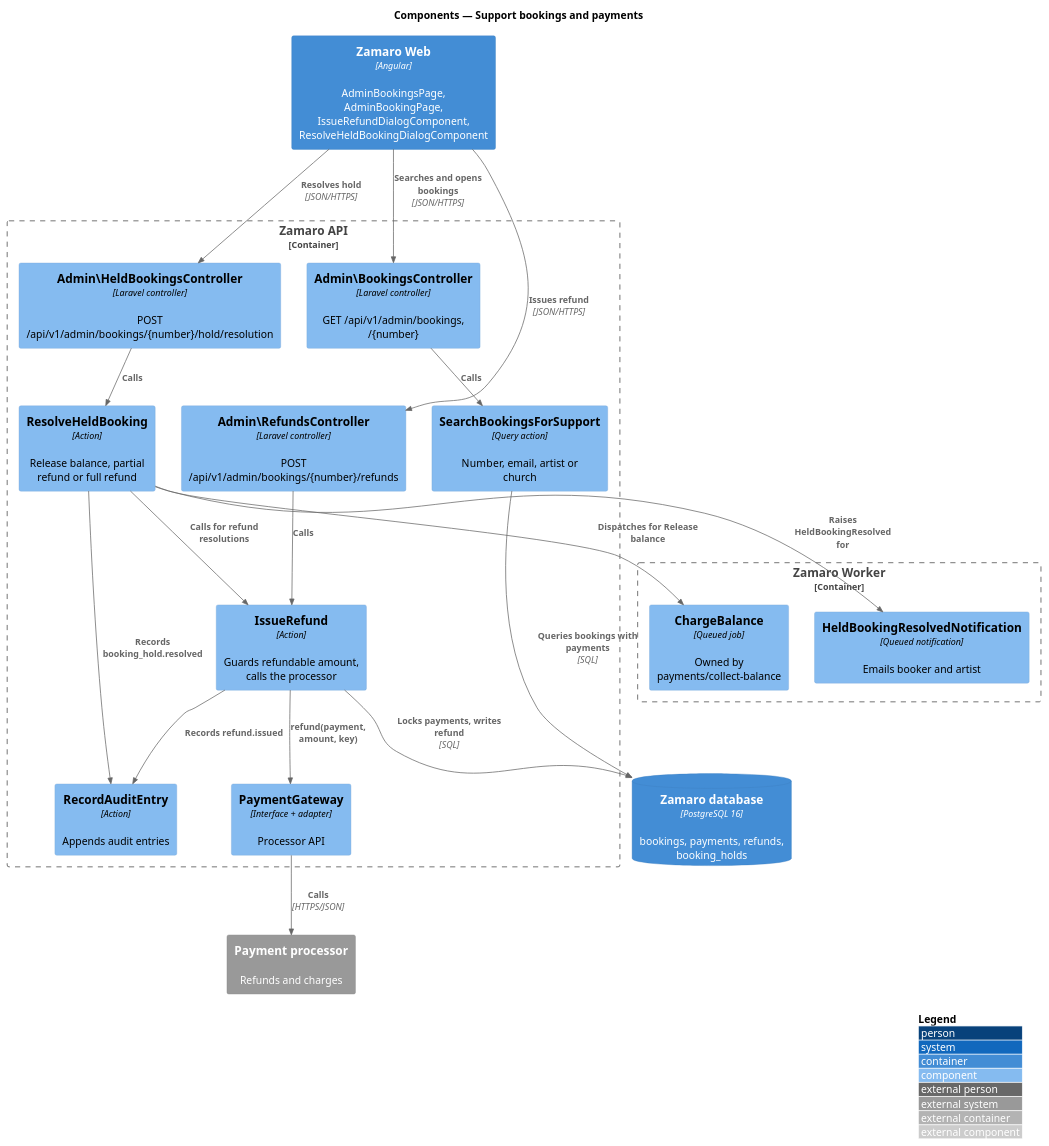
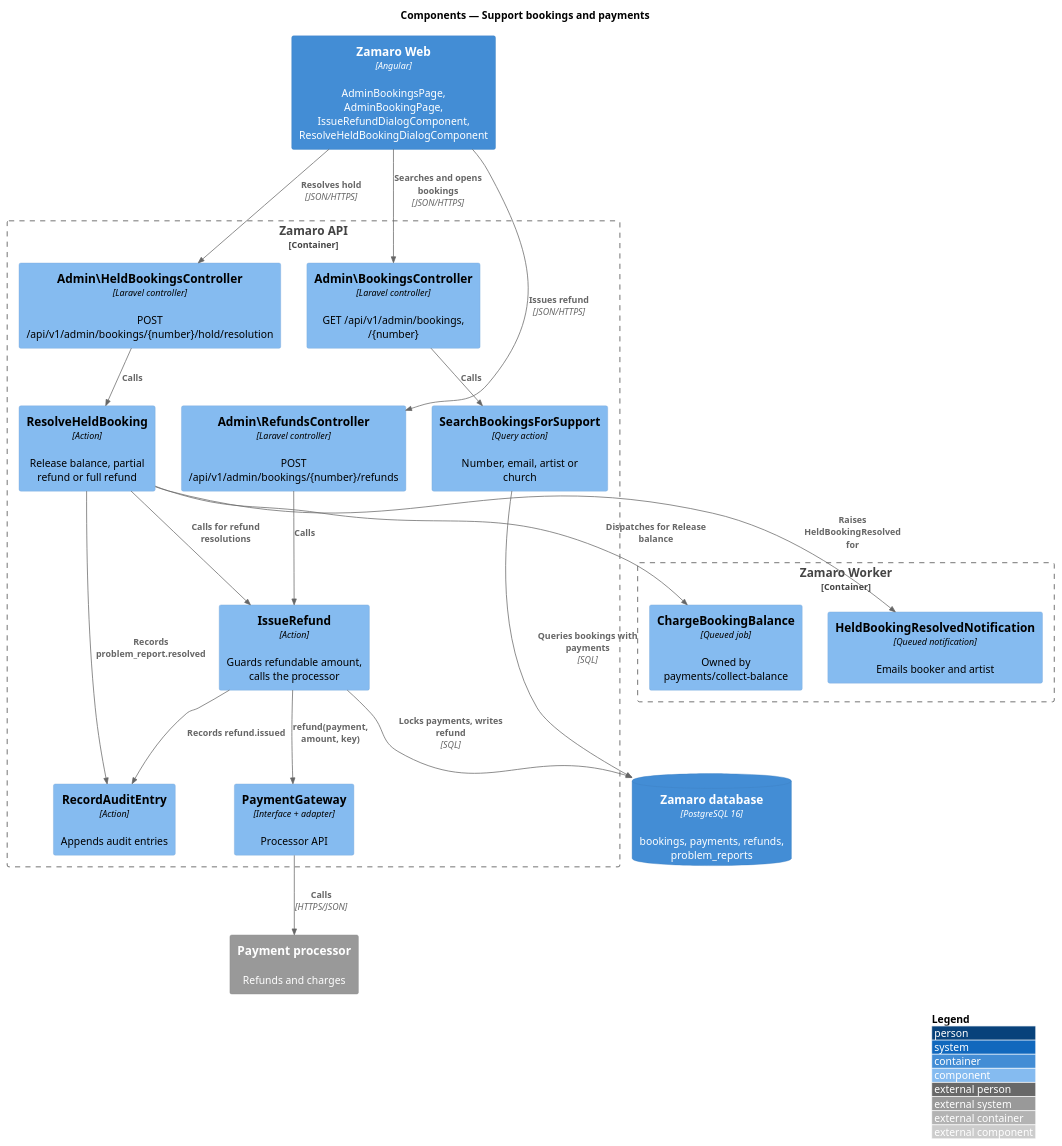
The diagram in docs/detailed-designs/administration/support-bookings-and-payments/diagrams/c4-component.puml (QuinntyneBrown/zamaro), drawn with PlantUML before and after one commit. The commit also changed 140 other files, not shown here.

```diff
--- a/docs/detailed-designs/administration/support-bookings-and-payments/diagrams/c4-component.puml
+++ b/docs/detailed-designs/administration/support-bookings-and-payments/diagrams/c4-component.puml
@@ -1,39 +1,39 @@
 @startuml
 !include <C4/C4_Component>
 LAYOUT_WITH_LEGEND()
 title Components — Support bookings and payments
 
 Container(web, "Zamaro Web", "Angular", "AdminBookingsPage, AdminBookingPage, IssueRefundDialogComponent, ResolveHeldBookingDialogComponent")
 System_Ext(pay, "Payment processor", "Refunds and charges")
 Container_Boundary(api, "Zamaro API") {
   Component(bctrl, "Admin\\BookingsController", "Laravel controller", "GET /api/v1/admin/bookings, /{number}")
   Component(search, "SearchBookingsForSupport", "Query action", "Number, email, artist or church")
   Component(rctrl, "Admin\\RefundsController", "Laravel controller", "POST /api/v1/admin/bookings/{number}/refunds")
   Component(refund, "IssueRefund", "Action", "Guards refundable amount, calls the processor")
   Component(hctrl, "Admin\\HeldBookingsController", "Laravel controller", "POST /api/v1/admin/bookings/{number}/hold/resolution")
   Component(resolve, "ResolveHeldBooking", "Action", "Release balance, partial refund or full refund")
   Component(gateway, "PaymentGateway", "Interface + adapter", "Processor API")
   Component(audit, "RecordAuditEntry", "Action", "Appends audit entries")
 }
 Container_Boundary(worker, "Zamaro Worker") {
-  Component(charge, "ChargeBalance", "Queued job", "Owned by payments/collect-balance")
+  Component(charge, "ChargeBookingBalance", "Queued job", "Owned by payments/collect-balance")
   Component(notif, "HeldBookingResolvedNotification", "Queued notification", "Emails booker and artist")
 }
-ContainerDb(db, "Zamaro database", "PostgreSQL 16", "bookings, payments, refunds, booking_holds")
+ContainerDb(db, "Zamaro database", "PostgreSQL 16", "bookings, payments, refunds, problem_reports")
 
 Rel(web, bctrl, "Searches and opens bookings", "JSON/HTTPS")
 Rel(web, rctrl, "Issues refund", "JSON/HTTPS")
 Rel(web, hctrl, "Resolves hold", "JSON/HTTPS")
 Rel(bctrl, search, "Calls")
 Rel(search, db, "Queries bookings with payments", "SQL")
 Rel(rctrl, refund, "Calls")
 Rel(hctrl, resolve, "Calls")
 Rel(resolve, refund, "Calls for refund resolutions")
 Rel(resolve, charge, "Dispatches for Release balance")
 Rel(resolve, notif, "Raises HeldBookingResolved for")
 Rel(refund, db, "Locks payments, writes refund", "SQL")
 Rel(refund, gateway, "refund(payment, amount, key)")
 Rel(gateway, pay, "Calls", "HTTPS/JSON")
 Rel(refund, audit, "Records refund.issued")
-Rel(resolve, audit, "Records booking_hold.resolved")
+Rel(resolve, audit, "Records problem_report.resolved")
 @enduml
```
